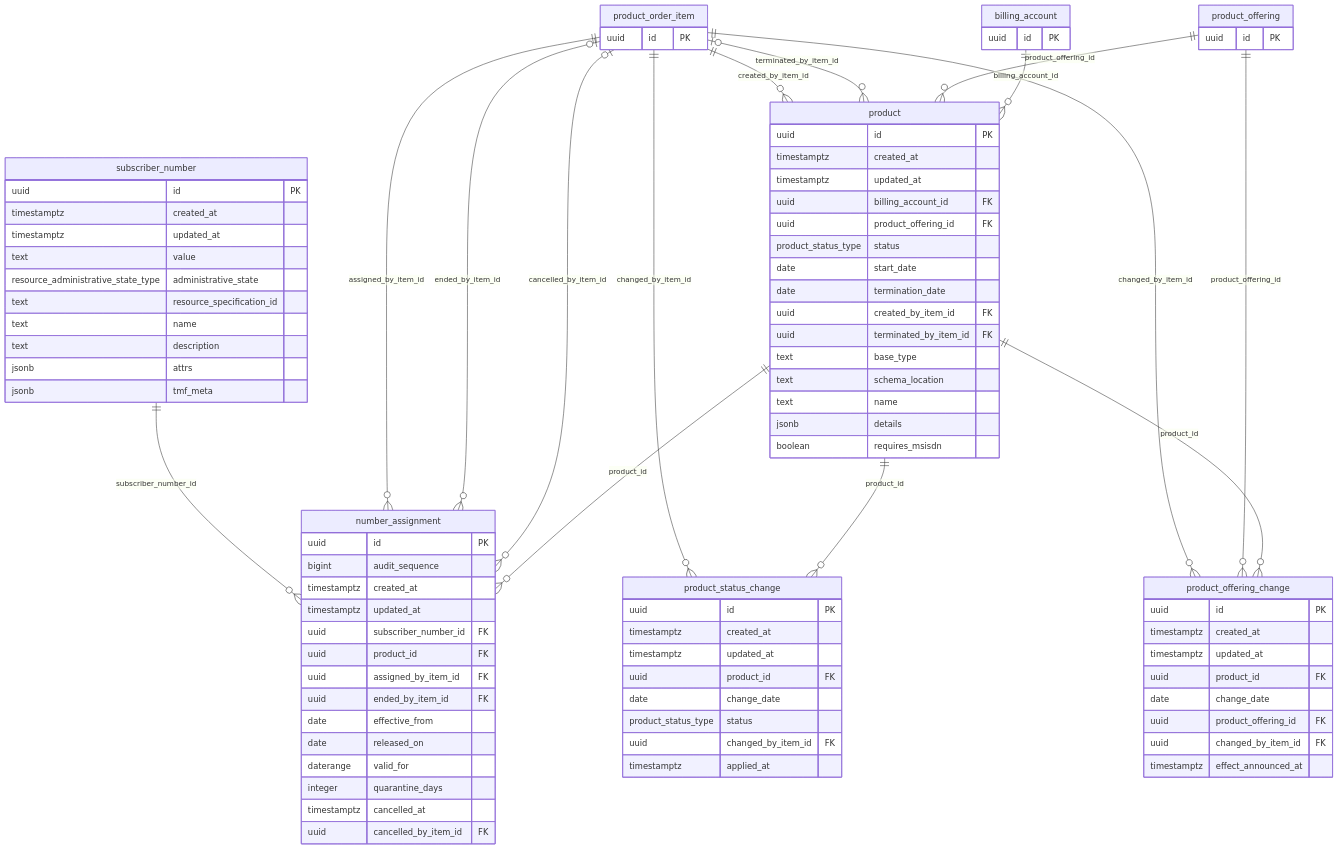
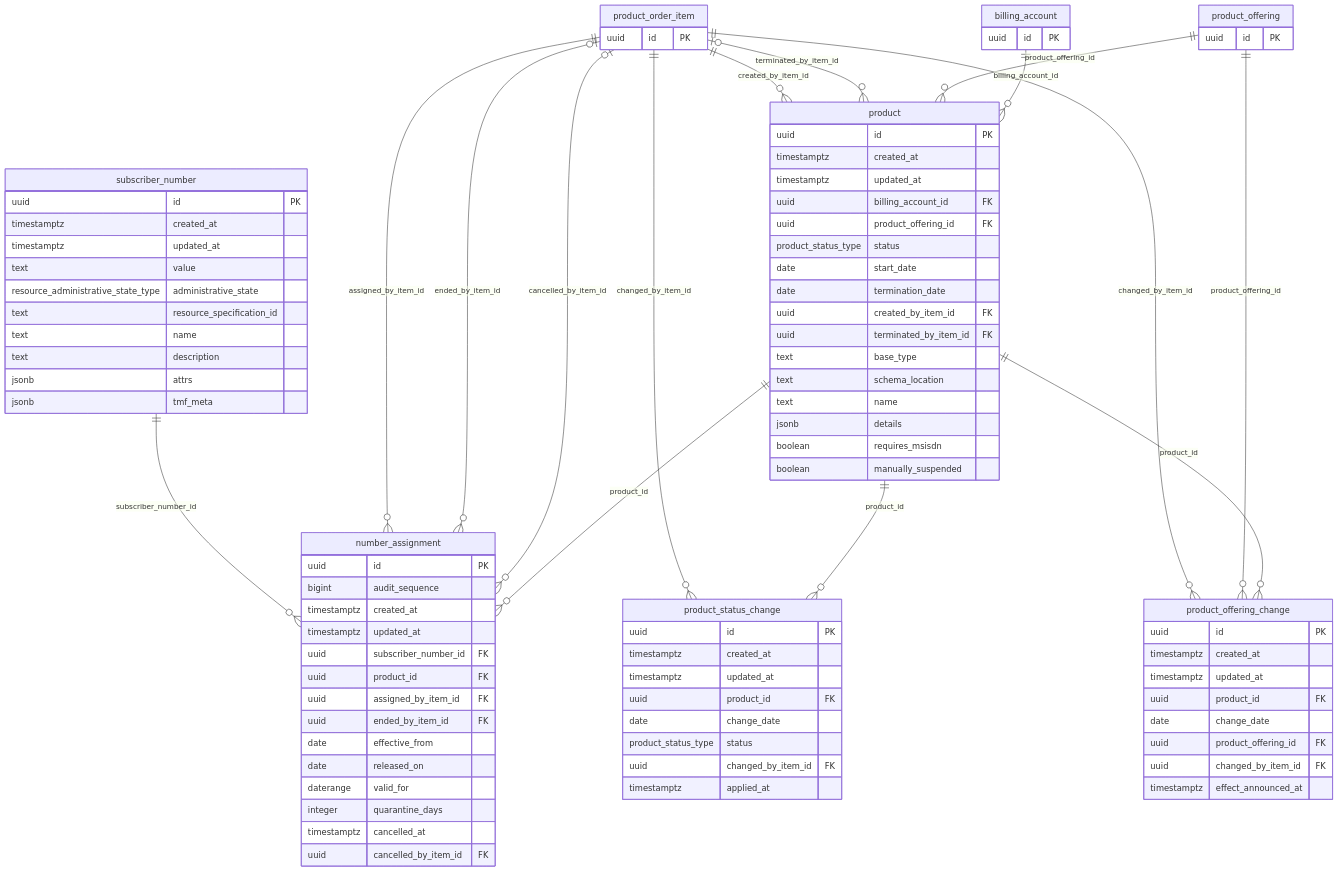
The fifth of 9 diagrams in docs/db/README.md (altharmz/bss), drawn with Mermaid before and after one commit. The commit also changed other lines of this file and 14 other files, not shown here.

```diff
--- a/docs/db/README.md
+++ b/docs/db/README.md
@@ -543,6 +543,7 @@
     text name
     jsonb details
     boolean requires_msisdn
+    boolean manually_suspended
   }
   product_offering_change {
     uuid id PK
```
